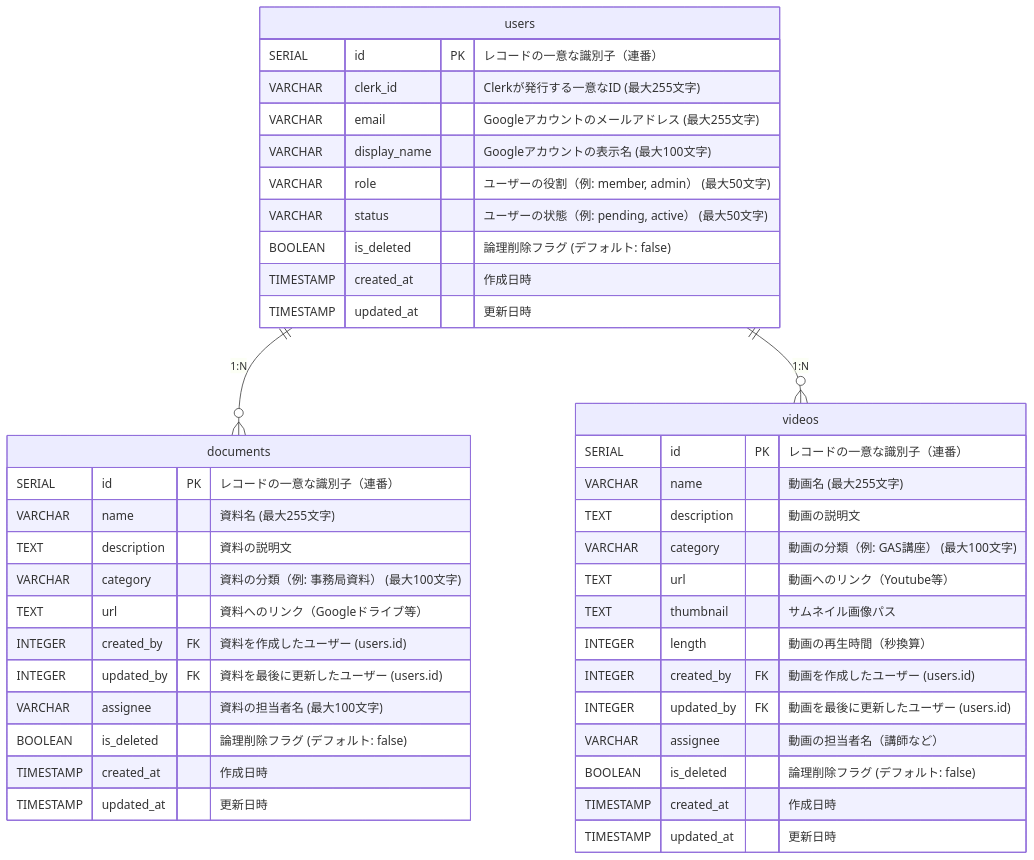
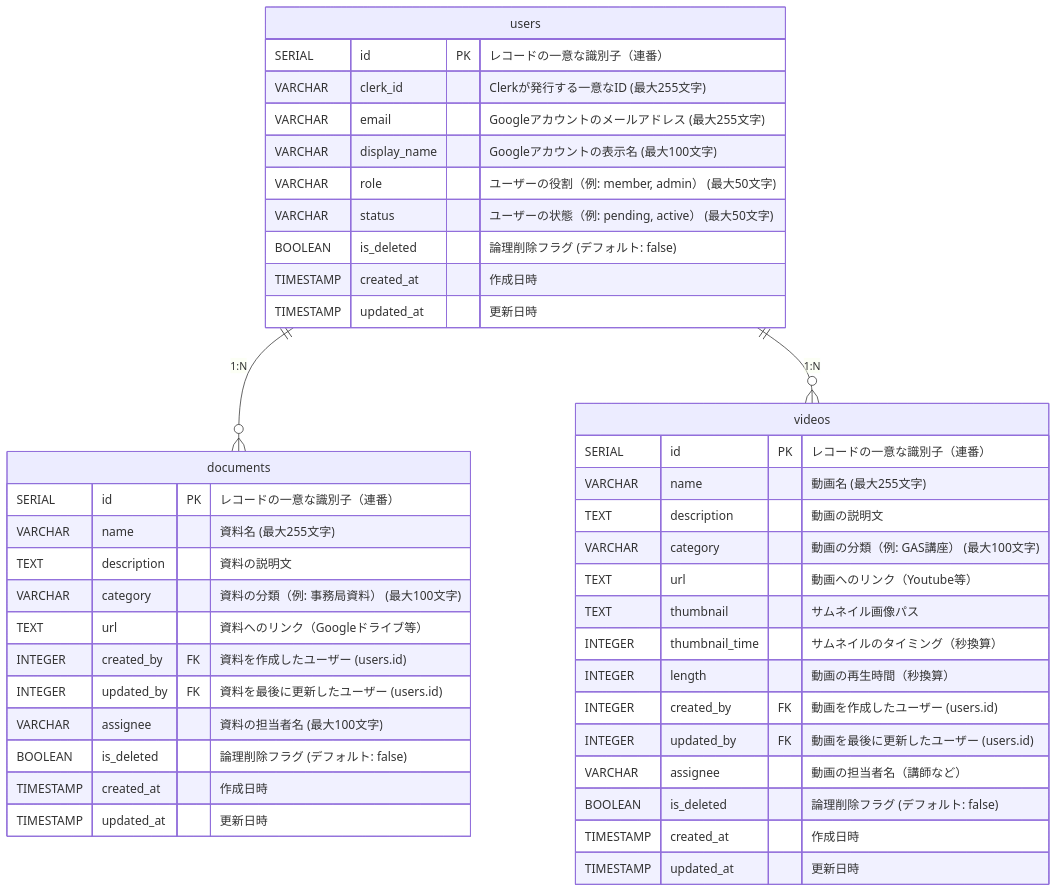
Before and after one commit to Singuralitylabs/portal-site: the diagram in docs/database.md, drawn with Mermaid. The commit also changed other lines of this file, not shown here.

Commit message:
thumbnail_time のカラム追加

````diff
--- a/docs/database.md
+++ b/docs/database.md
@@ -76,47 +77,48 @@
 ```mermaid
 erDiagram
     users {
         SERIAL id PK "レコードの一意な識別子（連番）"
         VARCHAR clerk_id "Clerkが発行する一意なID (最大255文字)"
         VARCHAR email "Googleアカウントのメールアドレス (最大255文字)"
         VARCHAR display_name "Googleアカウントの表示名 (最大100文字)"
         VARCHAR role "ユーザーの役割（例: member, admin） (最大50文字)"
         VARCHAR status "ユーザーの状態（例: pending, active） (最大50文字)"
         BOOLEAN is_deleted "論理削除フラグ (デフォルト: false)"
         TIMESTAMP created_at "作成日時"
         TIMESTAMP updated_at "更新日時"
     }
 
     documents {
         SERIAL id PK "レコードの一意な識別子（連番）"
         VARCHAR name "資料名 (最大255文字)"
         TEXT description "資料の説明文"
         VARCHAR category "資料の分類（例: 事務局資料） (最大100文字)"
         TEXT url "資料へのリンク（Googleドライブ等）"
         INTEGER created_by FK "資料を作成したユーザー (users.id)"
         INTEGER updated_by FK "資料を最後に更新したユーザー (users.id)"
         VARCHAR assignee "資料の担当者名 (最大100文字)"
         BOOLEAN is_deleted "論理削除フラグ (デフォルト: false)"
         TIMESTAMP created_at "作成日時"
         TIMESTAMP updated_at "更新日時"
     }
 
     videos {
         SERIAL id PK "レコードの一意な識別子（連番）"
         VARCHAR name "動画名 (最大255文字)"
         TEXT description "動画の説明文"
         VARCHAR category "動画の分類（例: GAS講座） (最大100文字)"
         TEXT url "動画へのリンク（Youtube等）"
         TEXT thumbnail "サムネイル画像パス"
+        INTEGER thumbnail_time "サムネイルのタイミング（秒換算）"
         INTEGER length "動画の再生時間（秒換算）"
         INTEGER created_by FK "動画を作成したユーザー (users.id)"
         INTEGER updated_by FK "動画を最後に更新したユーザー (users.id)"
         VARCHAR assignee "動画の担当者名（講師など）"
         BOOLEAN is_deleted "論理削除フラグ (デフォルト: false)"
         TIMESTAMP created_at "作成日時"
         TIMESTAMP updated_at "更新日時"
     }
 
     users ||--o{ documents : "1:N"
     users ||--o{ videos : "1:N"
 ```
````
